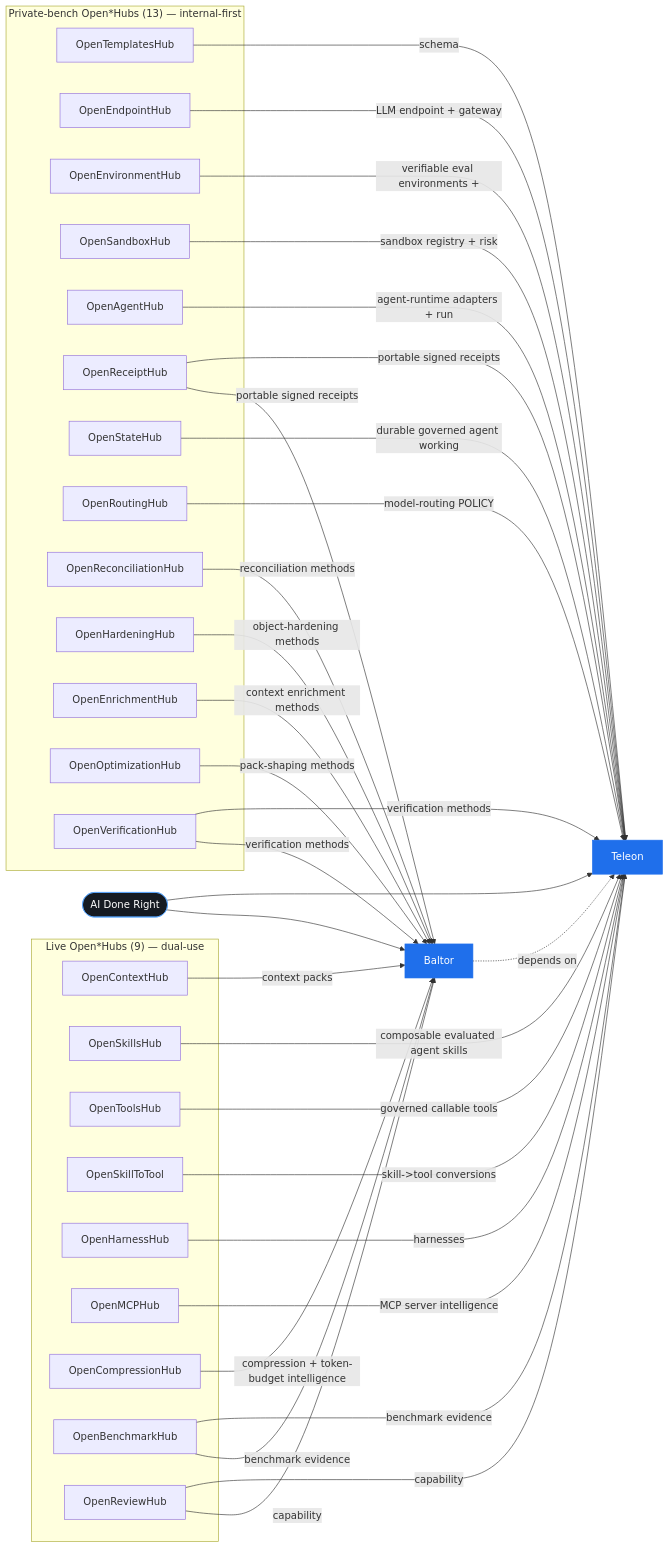
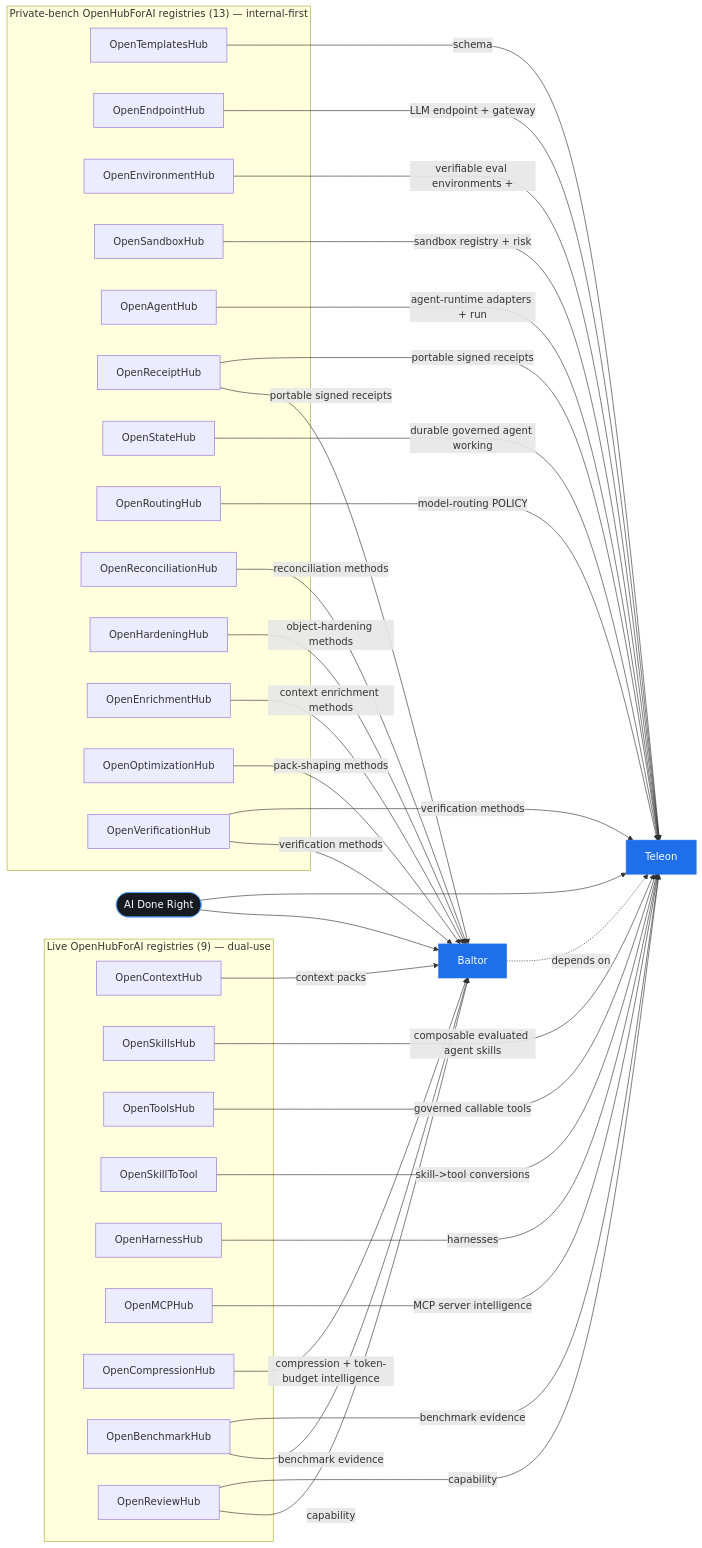
Before and after one commit to Amarel-Taylor-Scott/open-harness-hub: the diagram in docs/architecture/portfolio-connection-map.md, drawn with Mermaid. The commit also changed other lines of this file and 2616 other files, not shown here.

First line of the commit message:
feat(brand): complete the OpenHubForAI migration - surface wordmark + contracts + generators

````diff
--- a/docs/architecture/portfolio-connection-map.md
+++ b/docs/architecture/portfolio-connection-map.md
@@ -13,63 +13,63 @@
 ```mermaid
 flowchart LR
   parent([AI Done Right]):::parent
   baltor[Baltor]:::core
   teleon[Teleon]:::core
   parent --> baltor
   parent --> teleon
   baltor -. depends on .-> teleon
-  subgraph live["Live Open*Hubs (9) — dual-use"]
+  subgraph live["Live OpenHubForAI registries (9) — dual-use"]
     OpenContextHub
     OpenSkillsHub
     OpenToolsHub
     OpenSkillToTool
     OpenHarnessHub
     OpenMCPHub
     OpenCompressionHub
     OpenBenchmarkHub
     OpenReviewHub
   end
-  subgraph private_bench["Private-bench Open*Hubs (13) — internal-first"]
+  subgraph private_bench["Private-bench OpenHubForAI registries (13) — internal-first"]
     OpenTemplatesHub
     OpenEndpointHub
     OpenEnvironmentHub
     OpenSandboxHub
     OpenAgentHub
     OpenReceiptHub
     OpenStateHub
     OpenRoutingHub
     OpenReconciliationHub
     OpenHardeningHub
     OpenEnrichmentHub
     OpenOptimizationHub
     OpenVerificationHub
   end
   OpenContextHub -->|context packs| baltor
   OpenSkillsHub -->|composable evaluated agent skills| teleon
   OpenToolsHub -->|governed callable tools| teleon
   OpenSkillToTool -->|skill->tool conversions| teleon
   OpenHarnessHub -->|harnesses| teleon
   OpenMCPHub -->|MCP server intelligence| teleon
   OpenCompressionHub -->|compression + token-budget intelligence| baltor
   OpenBenchmarkHub -->|benchmark evidence| baltor
   OpenBenchmarkHub -->|benchmark evidence| teleon
   OpenReviewHub -->|capability| baltor
   OpenReviewHub -->|capability| teleon
   OpenTemplatesHub -->|schema| teleon
   OpenEndpointHub -->|LLM endpoint + gateway| teleon
   OpenEnvironmentHub -->|verifiable eval environments +| teleon
   OpenSandboxHub -->|sandbox registry + risk| teleon
   OpenAgentHub -->|agent-runtime adapters + run| teleon
   OpenReceiptHub -->|portable signed receipts| baltor
   OpenReceiptHub -->|portable signed receipts| teleon
   OpenStateHub -->|durable governed agent working| teleon
   OpenRoutingHub -->|model-routing POLICY| teleon
   OpenReconciliationHub -->|reconciliation methods| baltor
   OpenHardeningHub -->|object-hardening methods| baltor
   OpenEnrichmentHub -->|context enrichment methods| baltor
   OpenOptimizationHub -->|pack-shaping methods| baltor
   OpenVerificationHub -->|verification methods| baltor
   OpenVerificationHub -->|verification methods| teleon
   classDef core fill:#1f6feb,color:#fff,stroke:#1f6feb;
   classDef parent fill:#161b22,color:#fff,stroke:#58a6ff;
 ```
````
